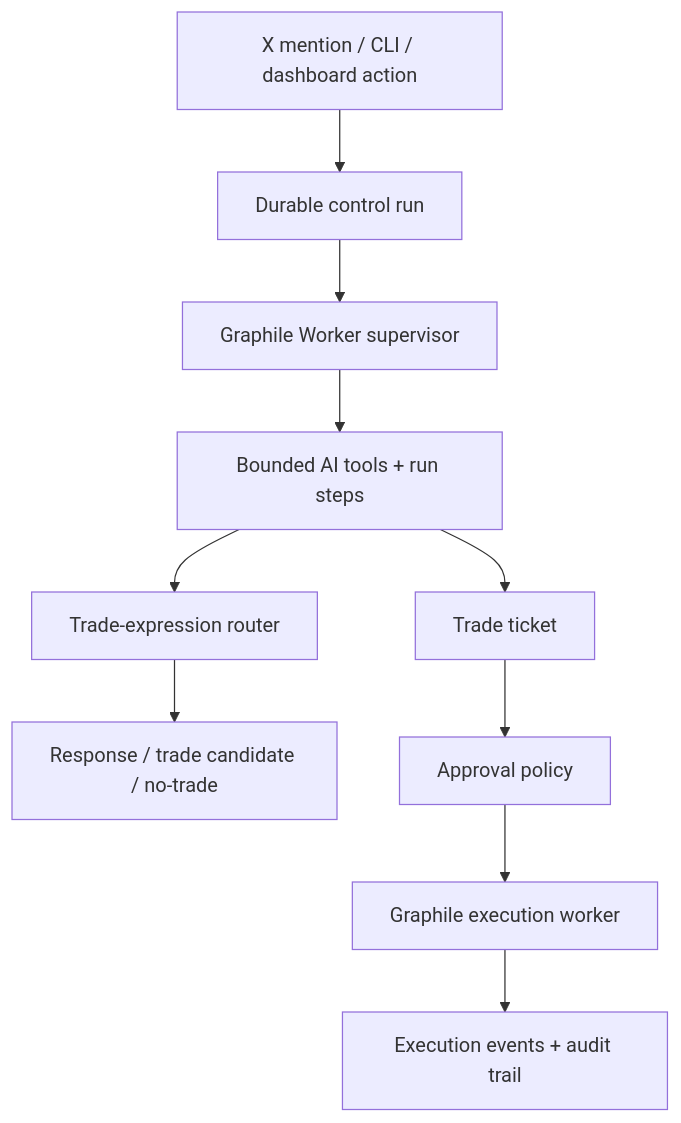
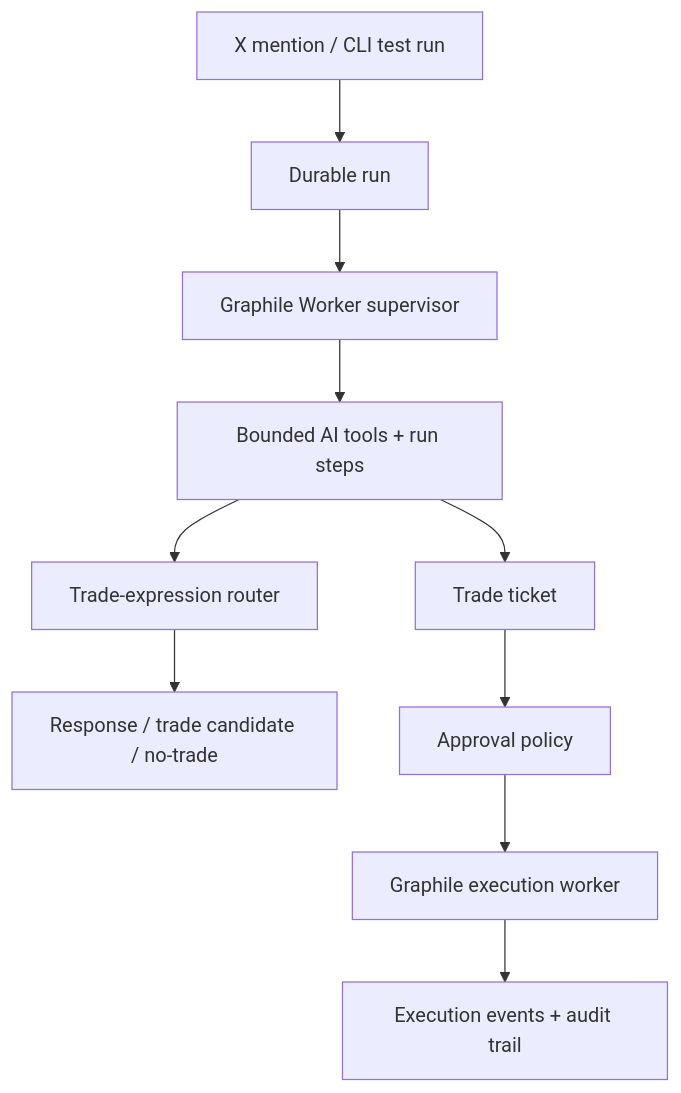
One commit to CyberVerse2/cassie changed the diagram in README.md. Above: the diagram before and after it, drawn with Mermaid. The commit also changed other lines of this file and 4 other files, not shown here.

Commit message:
Align docs around CLI test workflow

````diff
--- a/README.md
+++ b/README.md
@@ -9,12 +9,12 @@
 ```mermaid
 flowchart TD
-  User["X mention / CLI / dashboard action"] --> Intake["Durable control run"]
+  User["X mention / CLI test run"] --> Intake["Durable run"]
   Intake --> Supervisor["Graphile Worker supervisor"]
   Supervisor --> Tools["Bounded AI tools + run steps"]
   Tools --> Router["Trade-expression router"]
   Tools --> Ticket["Trade ticket"]
   Router --> Response["Response / trade candidate / no-trade"]
   Ticket --> Approval["Approval policy"]
   Approval --> Execution["Graphile execution worker"]
   Execution --> Audit["Execution events + audit trail"]
 ```
````
